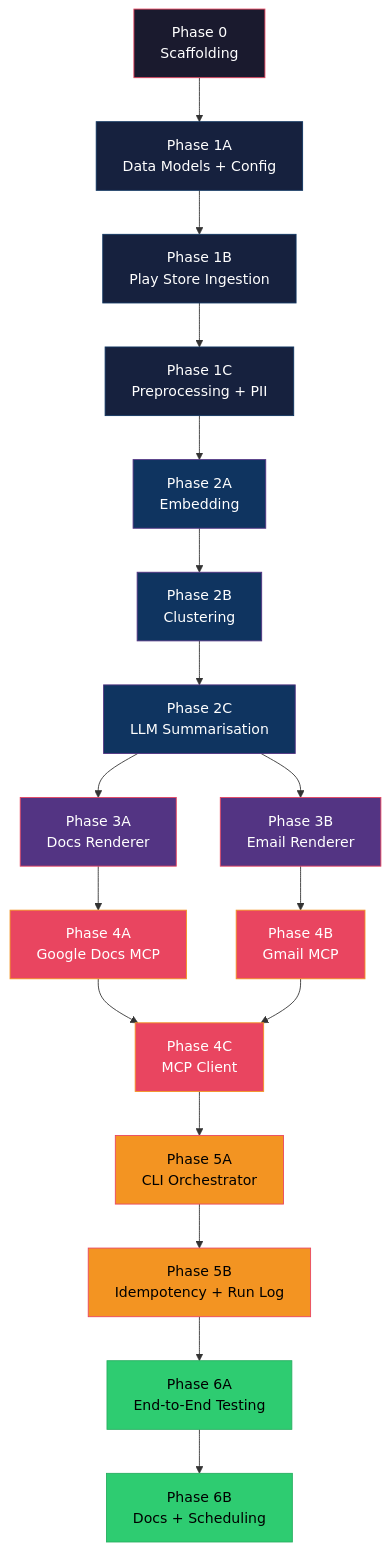
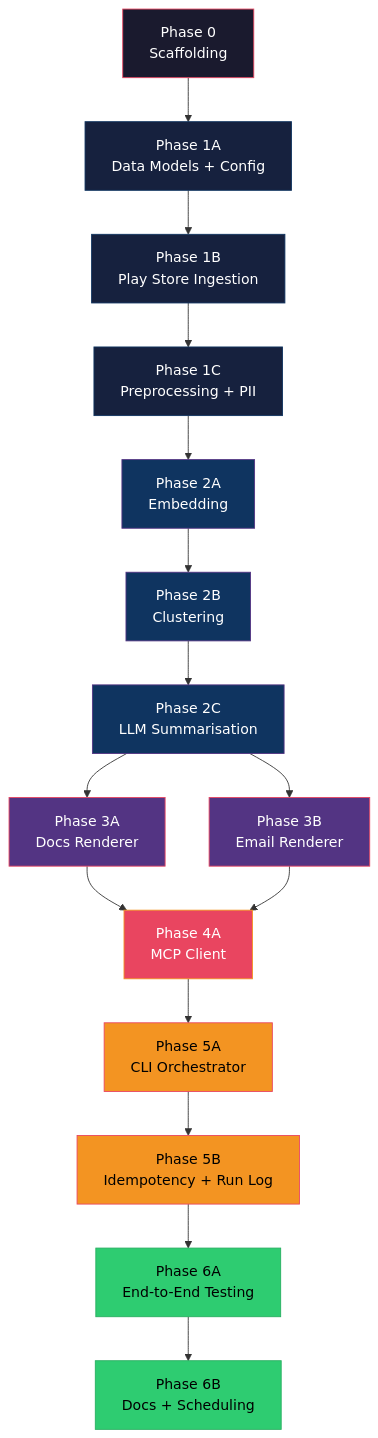
One commit to Ashishbhardwaj97/GrowwReview changed the second of 2 diagrams in docs/implementation-plan.md. Above: the diagram before and after it, drawn with Mermaid. The commit also changed other lines of this file and 34 other files, not shown here.

````diff
--- a/docs/implementation-plan.md
+++ b/docs/implementation-plan.md
@@ -332,36 +293,32 @@
 ```mermaid
 flowchart TD
     P0["Phase 0\nScaffolding"] --> P1A["Phase 1A\nData Models + Config"]
     P1A --> P1B["Phase 1B\nPlay Store Ingestion"]
     P1B --> P1C["Phase 1C\nPreprocessing + PII"]
     P1C --> P2A["Phase 2A\nEmbedding"]
     P2A --> P2B["Phase 2B\nClustering"]
     P2B --> P2C["Phase 2C\nLLM Summarisation"]
     P2C --> P3A["Phase 3A\nDocs Renderer"]
     P2C --> P3B["Phase 3B\nEmail Renderer"]
-    P3A --> P4A["Phase 4A\nGoogle Docs MCP"]
-    P3B --> P4B["Phase 4B\nGmail MCP"]
-    P4A --> P4C["Phase 4C\nMCP Client"]
-    P4B --> P4C
-    P4C --> P5A["Phase 5A\nCLI Orchestrator"]
+    P3A --> P4A["Phase 4A\nMCP Client"]
+    P3B --> P4A
+    P4A --> P5A["Phase 5A\nCLI Orchestrator"]
     P5A --> P5B["Phase 5B\nIdempotency + Run Log"]
     P5B --> P6A["Phase 6A\nEnd-to-End Testing"]
     P6A --> P6B["Phase 6B\nDocs + Scheduling"]
 
     style P0 fill:#1a1a2e,stroke:#e94560,color:#fff
     style P1A fill:#16213e,stroke:#0f3460,color:#fff
     style P1B fill:#16213e,stroke:#0f3460,color:#fff
     style P1C fill:#16213e,stroke:#0f3460,color:#fff
     style P2A fill:#0f3460,stroke:#533483,color:#fff
     style P2B fill:#0f3460,stroke:#533483,color:#fff
     style P2C fill:#0f3460,stroke:#533483,color:#fff
     style P3A fill:#533483,stroke:#e94560,color:#fff
     style P3B fill:#533483,stroke:#e94560,color:#fff
     style P4A fill:#e94560,stroke:#f39422,color:#fff
-    style P4B fill:#e94560,stroke:#f39422,color:#fff
-    style P4C fill:#e94560,stroke:#f39422,color:#fff
     style P5A fill:#f39422,stroke:#e94560,color:#000
     style P5B fill:#f39422,stroke:#e94560,color:#000
     style P6A fill:#2ecc71,stroke:#27ae60,color:#000
     style P6B fill:#2ecc71,stroke:#27ae60,color:#000
 ```
````
